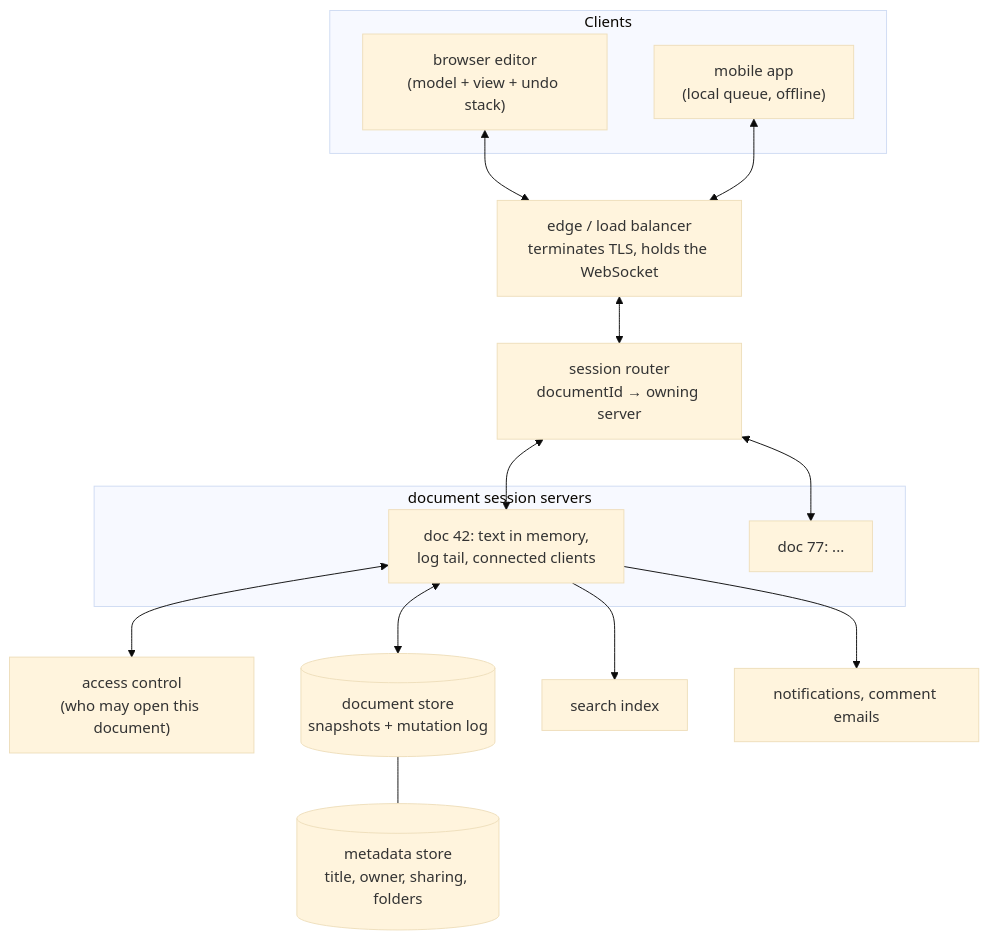
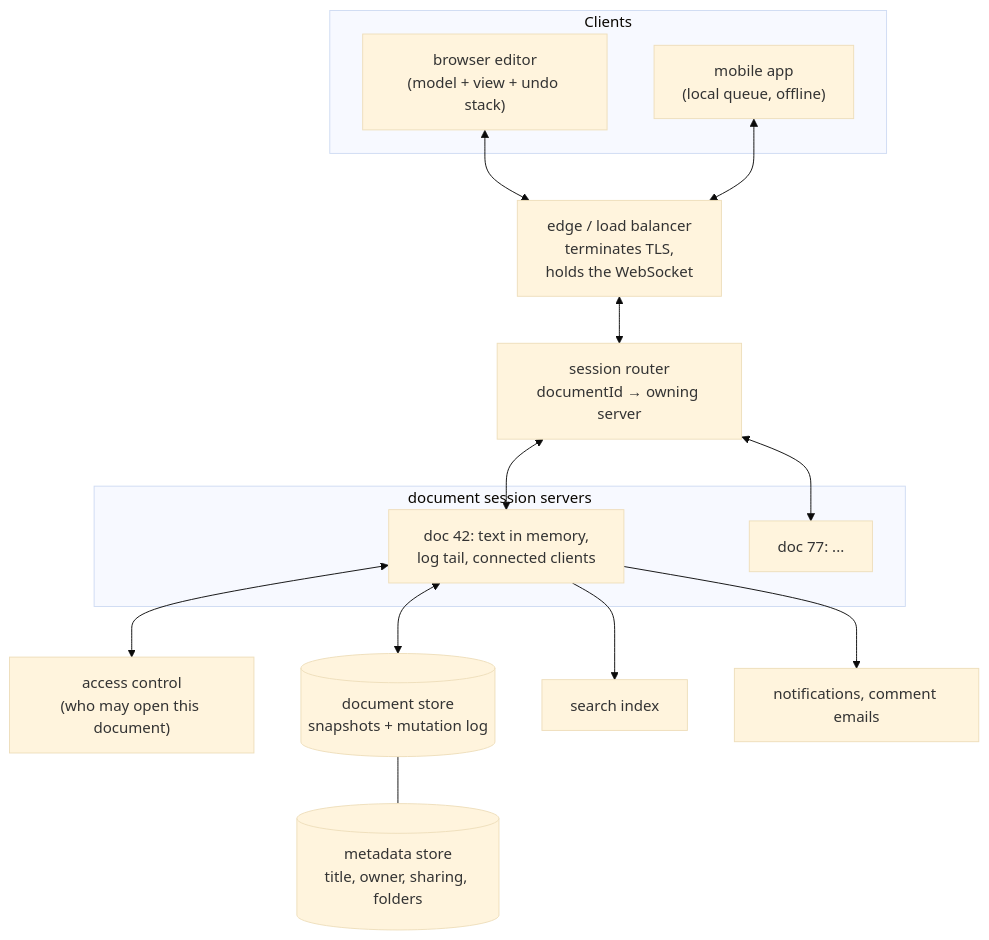
Before and after one commit to ravivarmachaluvadi/Learning: the fourth of 5 diagrams in 71-google-docs-system-design/README.md, drawn with Mermaid (base theme). The commit also changed other lines of this file, not shown here.

````diff
--- a/71-google-docs-system-design/README.md
+++ b/71-google-docs-system-design/README.md
@@ -1049,29 +1456,29 @@
 ```mermaid
 flowchart TB
     subgraph Clients
-      W["browser editor<br/>(model + view + undo stack)"]
-      M["mobile app<br/>(local queue, offline)"]
+      W["browser editor<br>(model + view + undo stack)"]
+      M["mobile app<br>(local queue, offline)"]
     end
-    LB["edge / load balancer<br/>terminates TLS, holds the WebSocket"]
-    RT["session router<br/>documentId → owning server"]
+    LB["edge / load balancer<br>terminates TLS,<br>holds the WebSocket"]
+    RT["session router<br>documentId → owning server"]
     subgraph Session["document session servers"]
-      D1["doc 42: text in memory,<br/>log tail, connected clients"]
+      D1["doc 42: text in memory,<br>log tail, connected clients"]
       D2["doc 77: ..."]
     end
-    ACL["access control<br/>(who may open this document)"]
-    ST[("document store<br/>snapshots + mutation log")]
-    MD[("metadata store<br/>title, owner, sharing, folders")]
+    ACL["access control<br>(who may open this document)"]
+    ST[("document store<br>snapshots + mutation log")]
+    MD[("metadata store<br>title, owner, sharing, folders")]
     IDX["search index"]
     NOT["notifications, comment emails"]
 
     W <--> LB
     M <--> LB
     LB <--> RT
     RT <--> D1
     RT <--> D2
     D1 <--> ACL
     D1 <--> ST
     D1 --> IDX
     D1 --> NOT
     ST --- MD
 ```
````
